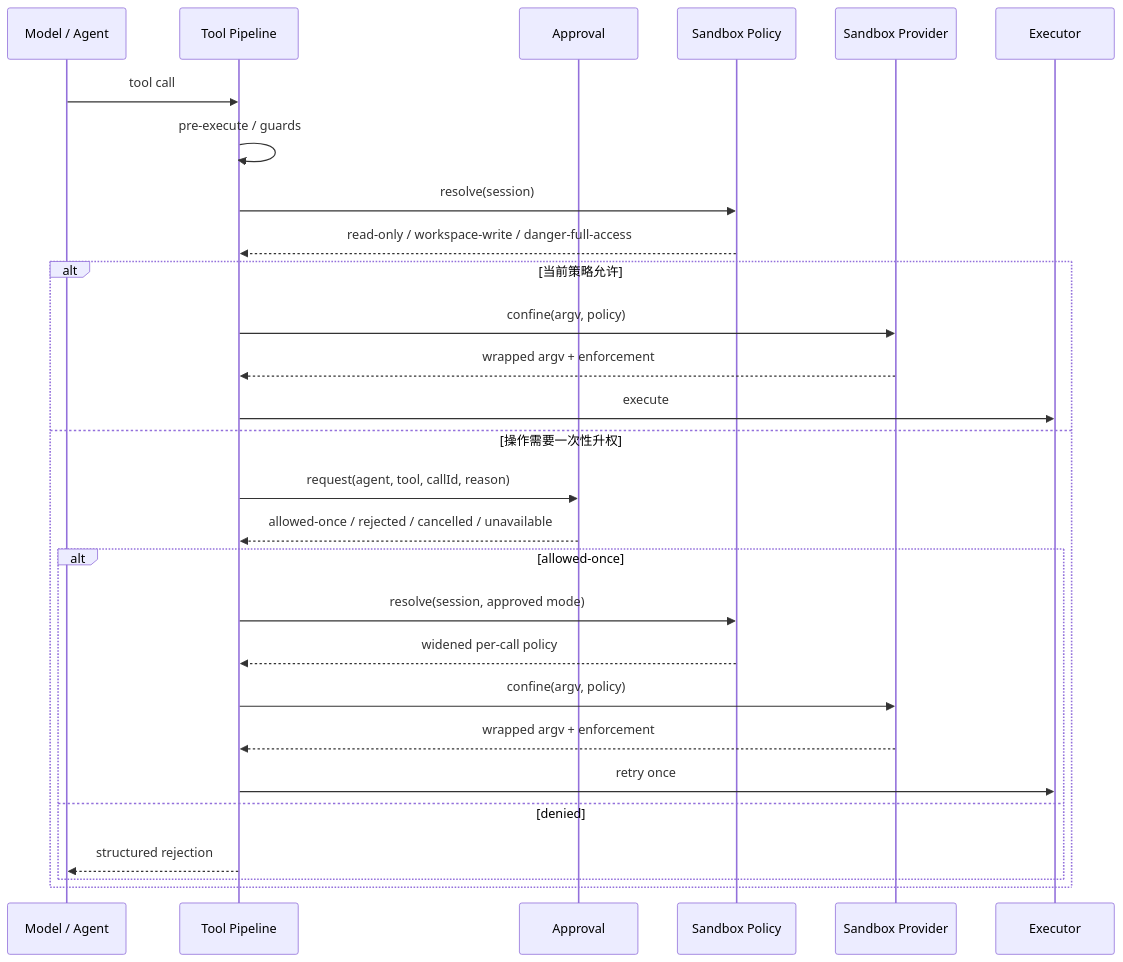
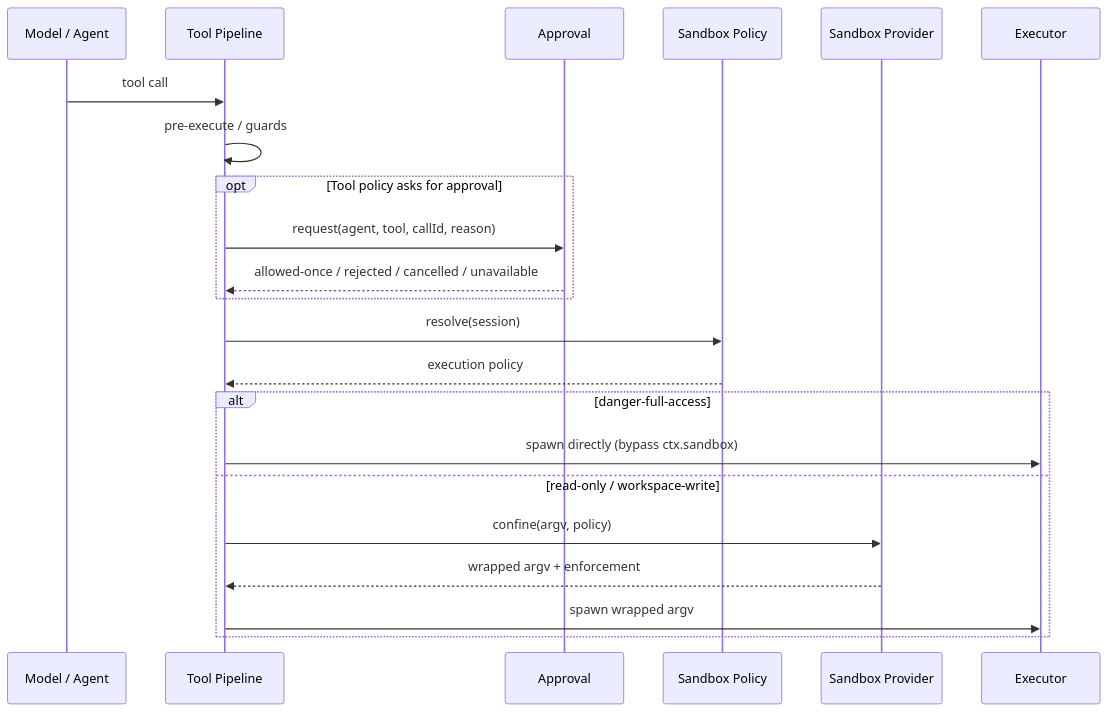
The diagram in src/react-app/content/whitepaper/v0.1.5-rc.2/15-security-permissions.md (0326/dsh-plugin-market), drawn with Mermaid before and after one commit. The commit also changed other lines of this file, not shown here.

Commit message:
docs(whitepaper): clarify sandbox bypass and approval flow

````diff
--- a/src/react-app/content/whitepaper/v0.1.5-rc.2/15-security-permissions.md
+++ b/src/react-app/content/whitepaper/v0.1.5-rc.2/15-security-permissions.md
@@ -37,31 +37,25 @@
 ```mermaid id=security-tool-flow
 sequenceDiagram
   participant M as Model / Agent
   participant T as Tool Pipeline
   participant A as Approval
   participant P as Sandbox Policy
   participant S as Sandbox Provider
   participant E as Executor
 
   M->>T: tool call
   T->>T: pre-execute / guards
+  opt Tool policy asks for approval
+    T->>A: request(agent, tool, callId, reason)
+    A-->>T: allowed-once / rejected / cancelled / unavailable
+  end
   T->>P: resolve(session)
-  P-->>T: read-only / workspace-write / danger-full-access
-  alt 当前策略允许
+  P-->>T: execution policy
+  alt danger-full-access
+    T->>E: spawn directly (bypass ctx.sandbox)
+  else read-only / workspace-write
     T->>S: confine(argv, policy)
     S-->>T: wrapped argv + enforcement
-    T->>E: execute
-  else 操作需要一次性升权
-    T->>A: request(agent, tool, callId, reason)
-    A-->>T: allowed-once / rejected / cancelled / unavailable
-    alt allowed-once
-      T->>P: resolve(session, approved mode)
-      P-->>T: widened per-call policy
-      T->>S: confine(argv, policy)
-      S-->>T: wrapped argv + enforcement
-      T->>E: retry once
-    else denied
-      T-->>M: structured rejection
-    end
+    T->>E: spawn wrapped argv
   end
 ```
````
